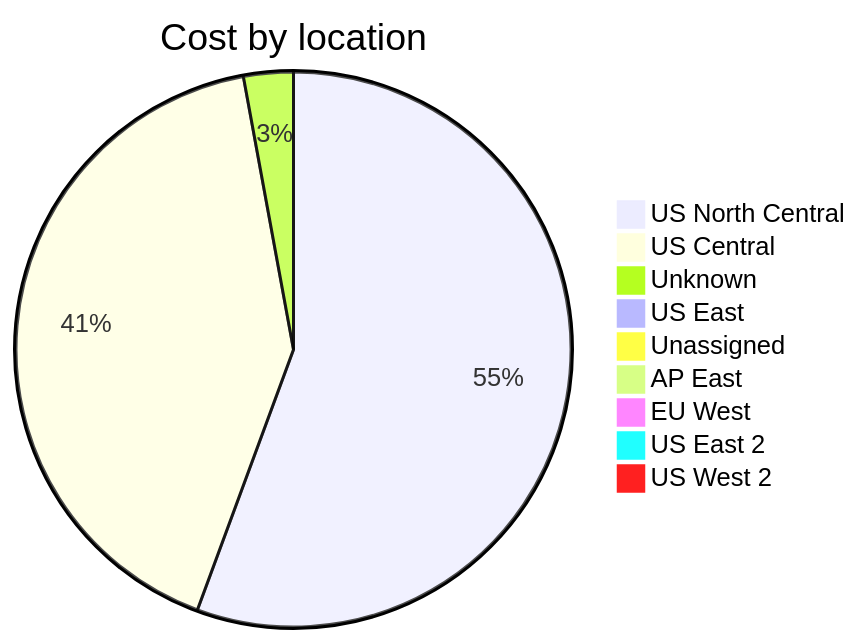
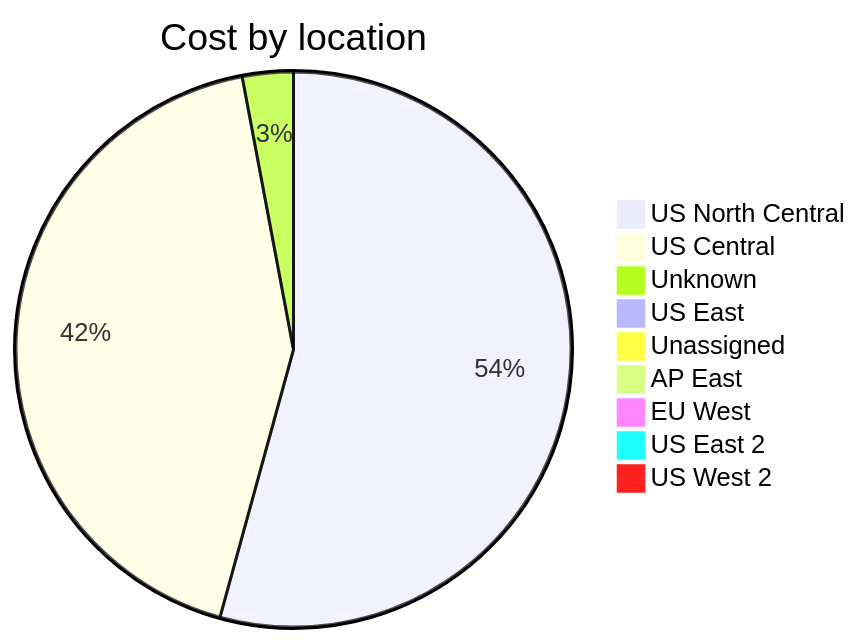
The third of 4 diagrams in cost-reports/accumulated-cost.md (jpfulton/azure-personal-reports), drawn with Mermaid before and after one commit. The commit also changed other lines of this file and 4 other files, not shown here.

````diff
--- a/cost-reports/accumulated-cost.md
+++ b/cost-reports/accumulated-cost.md
@@ -131,13 +131,13 @@
 ```mermaid
 pie
    title Cost by location
    "US North Central" : 15.77
-   "US Central" : 11.76
-   "Unknown" : 0.82
-   "US East" : 0.19
+   "US Central" : 12.43
+   "Unknown" : 0.86
+   "US East" : 0.20
    "Unassigned" : 0.10
    "AP East" : 0.00
    "EU West" : 0.00
    "US East 2" : 0.00
    "US West 2" : 0.00
 ```
````
